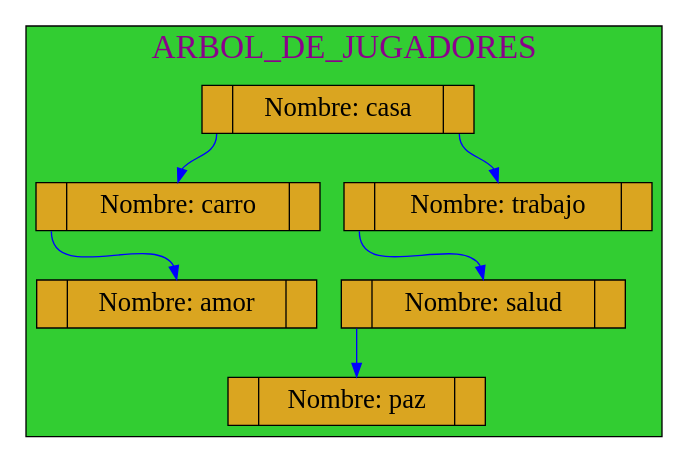
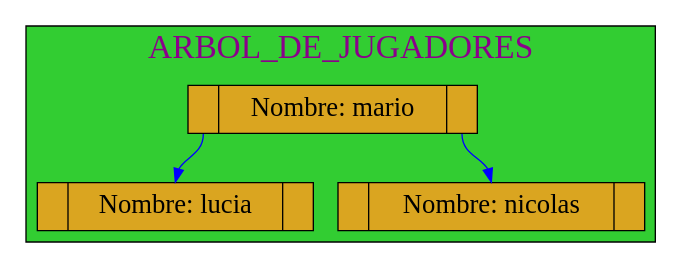
One commit to mariotun/EDD_1S2020_PY1_201602942 changed the diagram in Graficas/Arbol_Jugadores.dot. Above: the diagram before and after it, drawn with Graphviz. The commit also changed 25 other files, not shown here.

```diff
--- a/Graficas/Arbol_Jugadores.dot
+++ b/Graficas/Arbol_Jugadores.dot
@@ -1,33 +1,23 @@
 digraph ArbolBB{
 subgraph cluster_1 {
 
 label= "ARBOL_DE_JUGADORES ";
 labelloc=t;
 fontcolor=magenta4;
 fontname=algerian
 fontsize=25;
 style=filled;
 fillcolor=limegreen;
 node[shape=record,height=0.5 style=filled fontcolor=black fillcolor=goldenrod fontsize=20 ];
 
 
-25770475840[label="<f0> |<f1>Nombre: casa |<f2> " ]; 
-25770476048[label="<f0> |<f1>Nombre: carro |<f2>" ]
-25770476448[label="<f0> |<f1>Nombre: trabajo |<f2>" ]
-25770476256[label="<f0> |<f1>Nombre: salud |<f2>" ]
-25770476256[label="<f0> |<f1>Nombre: salud |<f2>" ]
-25770477264[label="<f0> |<f1>Nombre: paz |<f2>" ]
-25770477264[label="<f0> |<f1>Nombre: paz |<f2>" ]
-25770477264[label="<f0> |<f1>Nombre: paz |<f2>" ]
-25770476704[label="<f0> |<f1>Nombre: amor |<f2>" ]
-25770476704[label="<f0> |<f1>Nombre: amor |<f2>" ]
+25770476720[label="<f0> |<f1>Nombre: mario |<f2> " ]; 
+25770490768[label="<f0> |<f1>Nombre: nicolas |<f2>" ]
+25770489296[label="<f0> |<f1>Nombre: lucia |<f2>" ]
 
-25770475840:f0->25770476048:f1 [color=blue]
-25770475840:f2->25770476448:f1 [color=blue ]
-25770476448:f0->25770476256:f1 [color=blue]
-25770476256:f0->25770477264:f1 [color=blue]
-25770476048:f0->25770476704:f1 [color=blue]
+25770476720:f2->25770490768:f1 [color=blue ]
+25770476720:f0->25770489296:f1 [color=blue]
 
  }
 
  }
```
